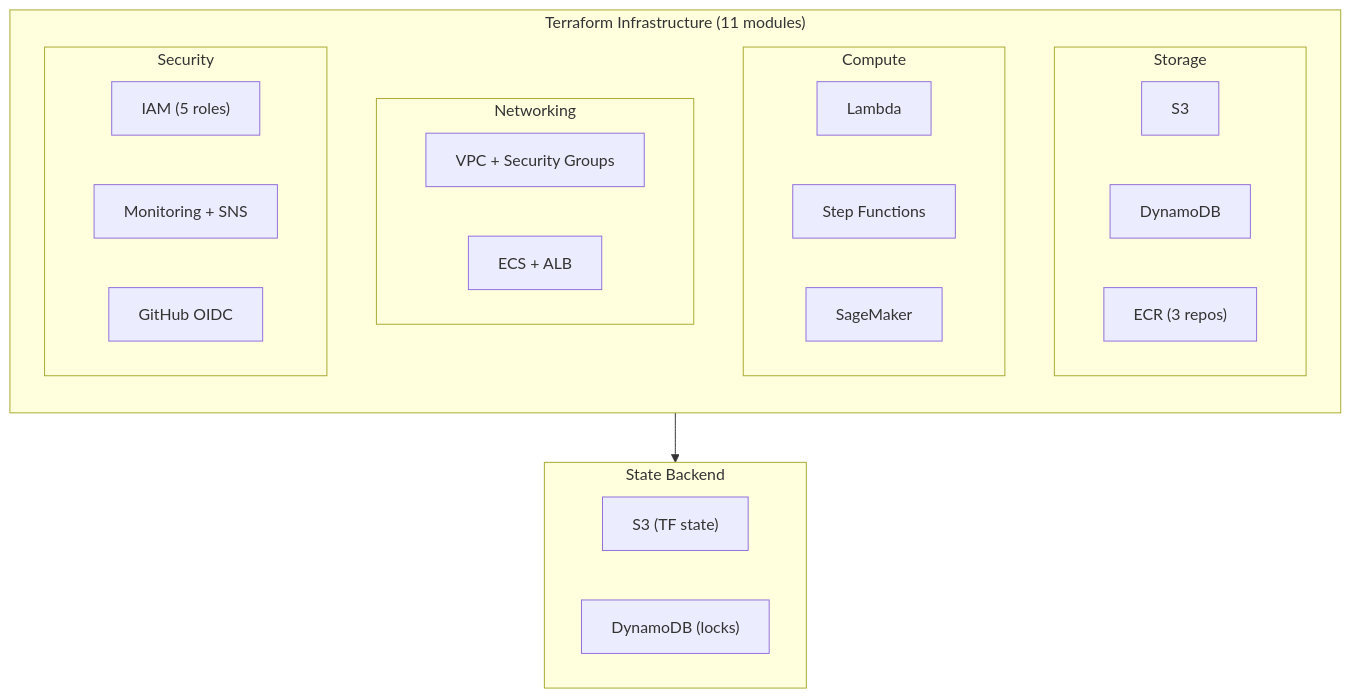
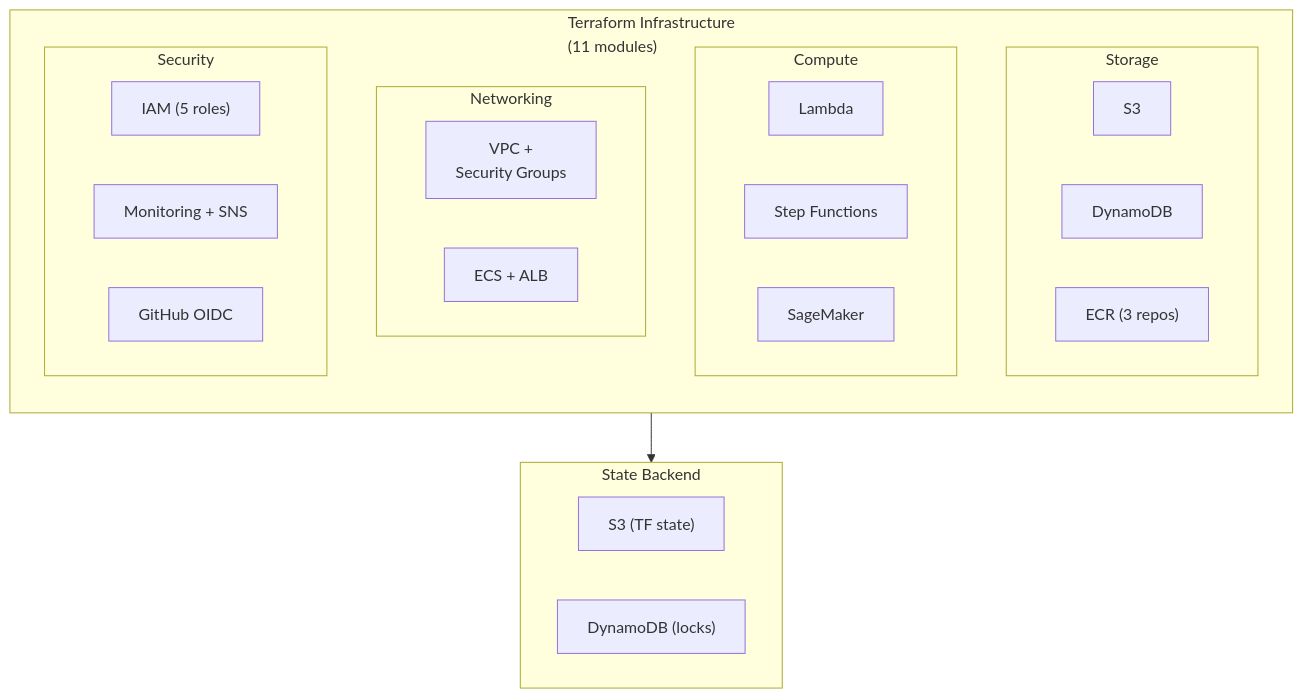
Before and after one commit to rawad-yared/bcgx-spanishgas-g1: the eighth of 8 diagrams in README.md, drawn with Mermaid. The commit also changed other lines of this file, not shown here.

First line of the commit message:
Fix Mermaid diagram truncation and correct feature tier content

````diff
--- a/README.md
+++ b/README.md
@@ -430,36 +392,36 @@
 ```mermaid
 graph TB
-    subgraph Terraform["Terraform Infrastructure (11 modules)"]
+    subgraph Terraform["Terraform Infrastructure<br>(11 modules)"]
         direction TB
 
         subgraph Storage_Infra["Storage"]
             S3_MOD["S3"]
             DDB_MOD["DynamoDB"]
             ECR_MOD["ECR (3 repos)"]
         end
 
         subgraph Compute_Infra["Compute"]
             LAMBDA_MOD["Lambda"]
             SFN_MOD["Step Functions"]
             SM_MOD["SageMaker"]
         end
 
         subgraph Network_Infra["Networking"]
-            NET_MOD["VPC + Security Groups"]
+            NET_MOD["VPC +<br>Security Groups"]
             ECS_MOD["ECS + ALB"]
         end
 
         subgraph Security_Infra["Security"]
             IAM_MOD["IAM (5 roles)"]
             MON_MOD["Monitoring + SNS"]
             OIDC_MOD["GitHub OIDC"]
         end
     end
 
     subgraph Backend["State Backend"]
         S3_STATE["S3 (TF state)"]
         DDB_LOCK["DynamoDB (locks)"]
     end
 
     Terraform --> Backend
 ```
````
